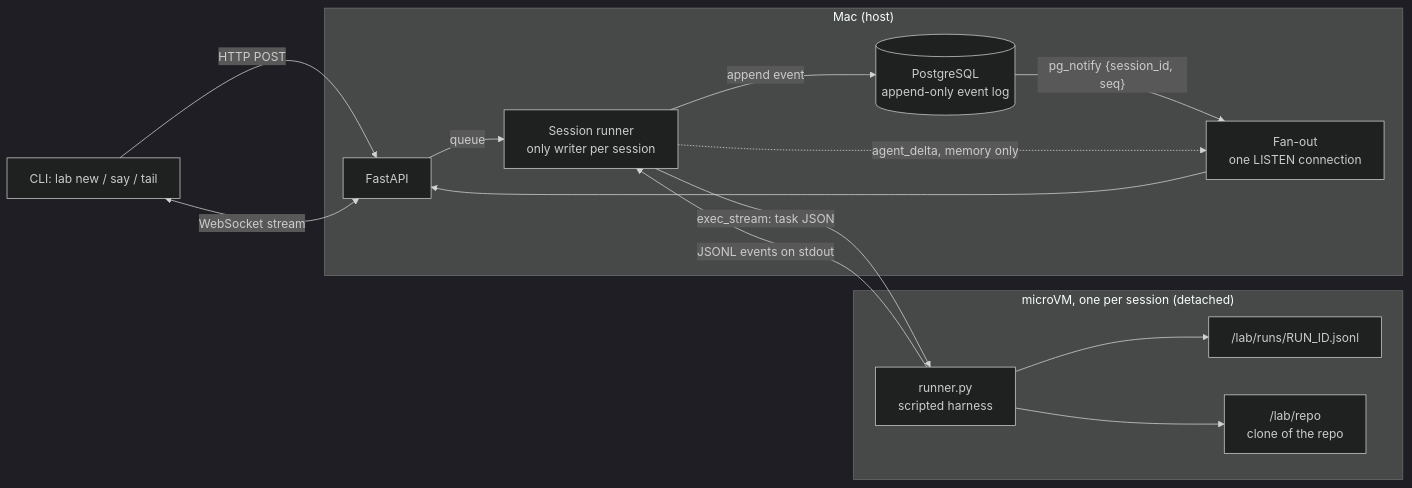
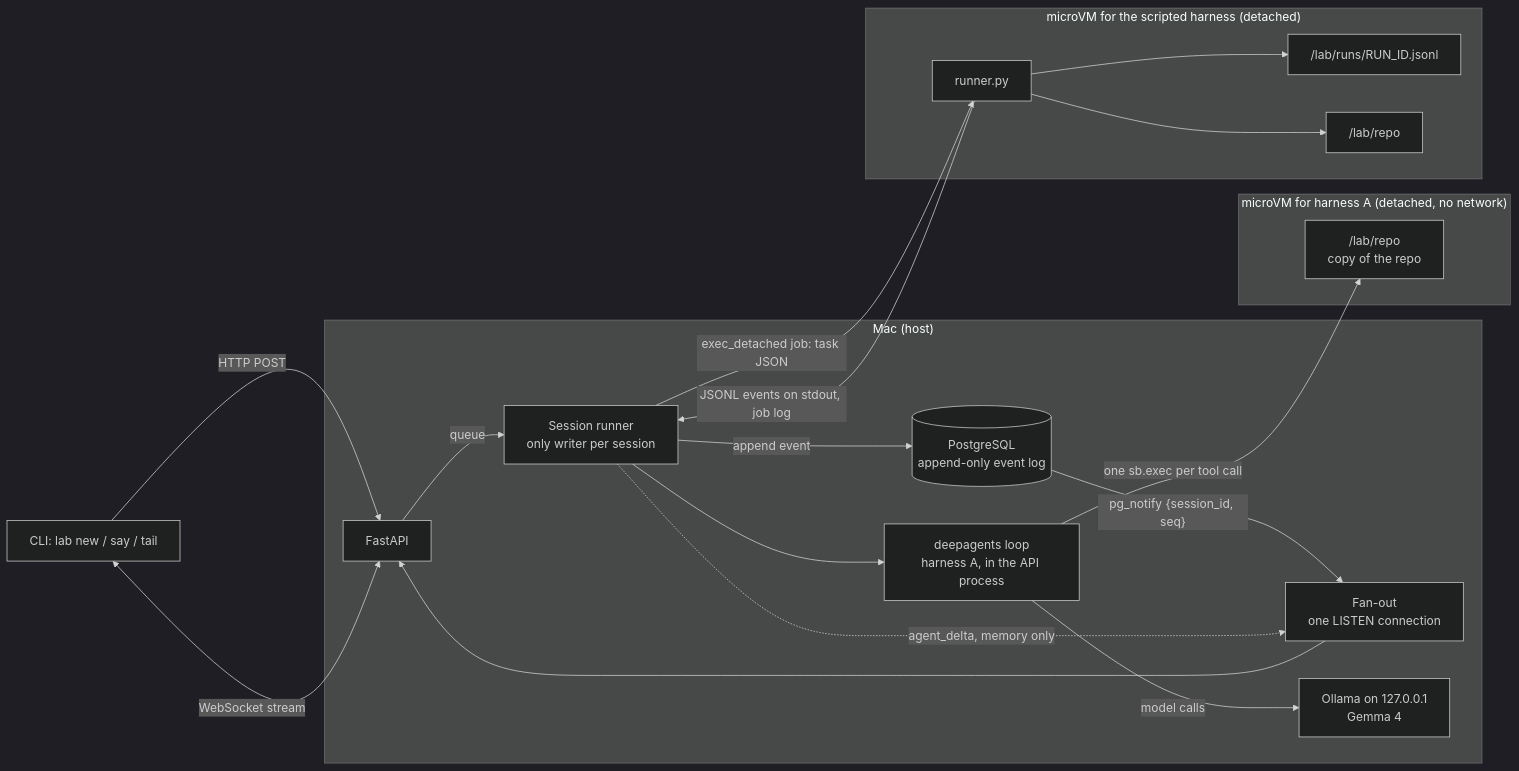
Before and after one commit to morri5/sandboxed-agents: the first of 3 diagrams in README.md, drawn with Mermaid (dark theme). The commit also changed other lines of this file and 36 other files, not shown here.

Commit message:
feat: add deepagents harness, crash recovery and session fork

````diff
--- a/README.md
+++ b/README.md
@@ -11,18 +11,24 @@
 ```mermaid
 flowchart LR
     CLI[CLI: lab new / say / tail] -->|HTTP POST| API
     CLI <-->|WebSocket stream| API
     subgraph HOST["Mac (host)"]
         API[FastAPI] -->|queue| SR[Session runner<br/>only writer per session]
         SR -->|append event| PG[(PostgreSQL<br/>append-only event log)]
         PG -->|"pg_notify {session_id, seq}"| FO[Fan-out<br/>one LISTEN connection]
         FO --> API
         SR -.->|agent_delta, memory only| FO
+        SR --> DA[deepagents loop<br/>harness A, in the API process]
+        DA -->|model calls| OL[Ollama on 127.0.0.1<br/>Gemma 4]
     end
-    subgraph VM["microVM, one per session (detached)"]
-        RUN[runner.py<br/>scripted harness] --> JL["/lab/runs/RUN_ID.jsonl"]
-        RUN --> REPO["/lab/repo<br/>clone of the repo"]
+    subgraph VMA["microVM for harness A (detached, no network)"]
+        REPOA["/lab/repo<br/>copy of the repo"]
     end
-    SR -->|exec_stream: task JSON| RUN
-    RUN -->|JSONL events on stdout| SR
+    subgraph VMS["microVM for the scripted harness (detached)"]
+        RUN[runner.py] --> JL["/lab/runs/RUN_ID.jsonl"]
+        RUN --> REPOS["/lab/repo"]
+    end
+    DA -->|"one sb.exec per tool call"| REPOA
+    SR -->|"exec_detached job: task JSON"| RUN
+    RUN -->|JSONL events on stdout, job log| SR
 ```
````
